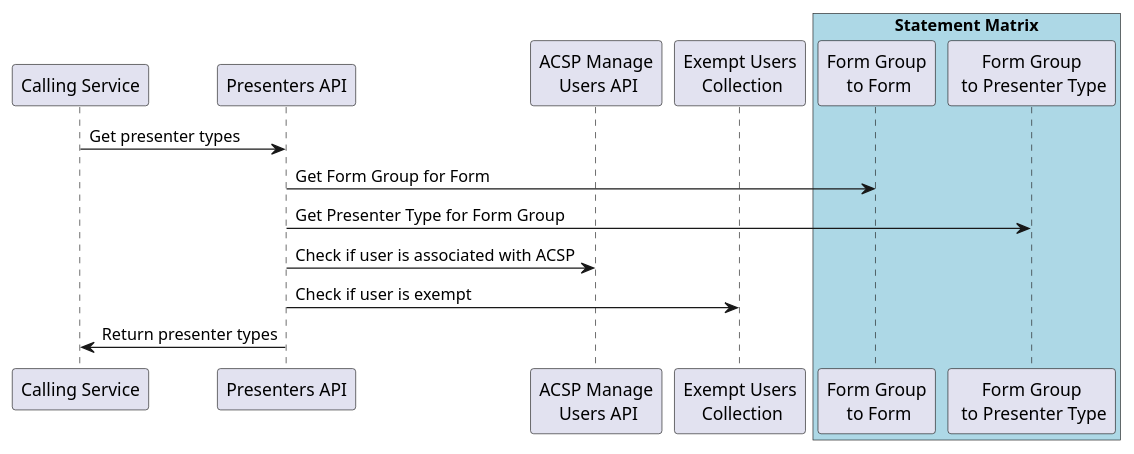
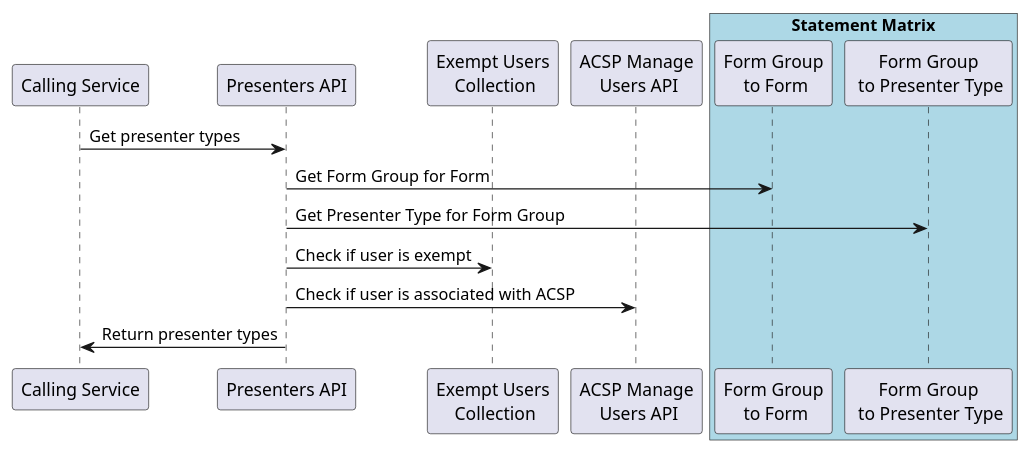
Before and after one commit to companieshouse/presenters-api: the diagram in docs/statement-matrix-docs/plant-uml/get-presenter-types.puml, drawn with PlantUML. The commit also changed other lines of this file and 1 other file, not shown here.

Commit message:
reorder calls to exempt user collection and acsp api

```diff
--- a/docs/statement-matrix-docs/plant-uml/get-presenter-types.puml
+++ b/docs/statement-matrix-docs/plant-uml/get-presenter-types.puml
@@ -1,19 +1,19 @@
 @startuml Get Presenter Types
 
 participant "Calling Service" as Web
 participant "Presenters API" as PresentersAPI
+participant "Exempt Users\n Collection" as ExemptUsersCollection
 participant "ACSP Manage\n Users API" as ACSPAPI
-participant "Exempt Users\n Collection" as ExemptUsersCollection
 box "Statement Matrix" #LightBlue
     participant "Form Group\n to Form" as FormGroupToForm
     participant "Form Group\n to Presenter Type" as FormGroupToPresenterType
 end box
 
 Web -> PresentersAPI: Get presenter types
 PresentersAPI -> FormGroupToForm: Get Form Group for Form
 PresentersAPI -> FormGroupToPresenterType: Get Presenter Type for Form Group
+PresentersAPI -> ExemptUsersCollection: Check if user is exempt
 PresentersAPI -> ACSPAPI: Check if user is associated with ACSP
-PresentersAPI -> ExemptUsersCollection: Check if user is exempt
 PresentersAPI -> Web: Return presenter types
 
 @enduml
```
